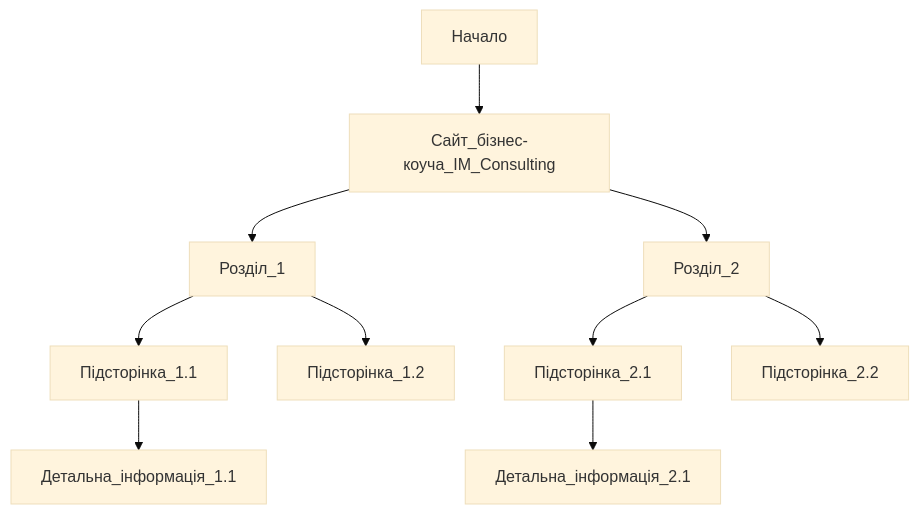
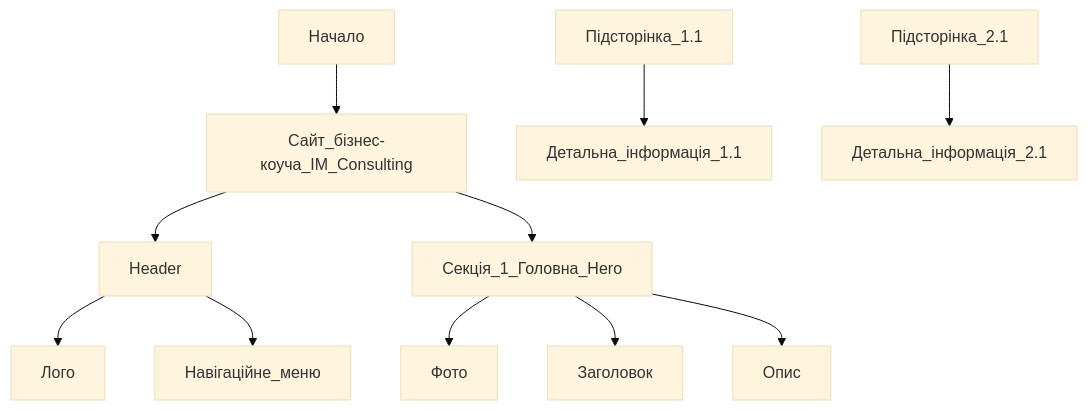
Before and after one commit to sergio-nezhigay/carptravel: the diagram in README.md, drawn with Mermaid (base theme).

````diff
--- a/README.md
+++ b/README.md
@@ -57,12 +57,13 @@
 ```mermaid
 graph TD;
     Начало --> Сайт_бізнес-коуча_IM_Consulting
-    Сайт_бізнес-коуча_IM_Consulting --> Розділ_1
-    Сайт_бізнес-коуча_IM_Consulting --> Розділ_2
-    Розділ_1 --> Підсторінка_1.1
-    Розділ_1 --> Підсторінка_1.2
-    Розділ_2 --> Підсторінка_2.1
-    Розділ_2 --> Підсторінка_2.2
+    Сайт_бізнес-коуча_IM_Consulting --> Header
+    Сайт_бізнес-коуча_IM_Consulting --> Секція_1_Головна_Hero
+    Header --> Лого
+    Header --> Навігаційне_меню
+    Секція_1_Головна_Hero --> Фото
+    Секція_1_Головна_Hero --> Заголовок
+    Секція_1_Головна_Hero --> Опис
     Підсторінка_1.1 --> Детальна_інформація_1.1
     Підсторінка_2.1 --> Детальна_інформація_2.1
 ```
````
